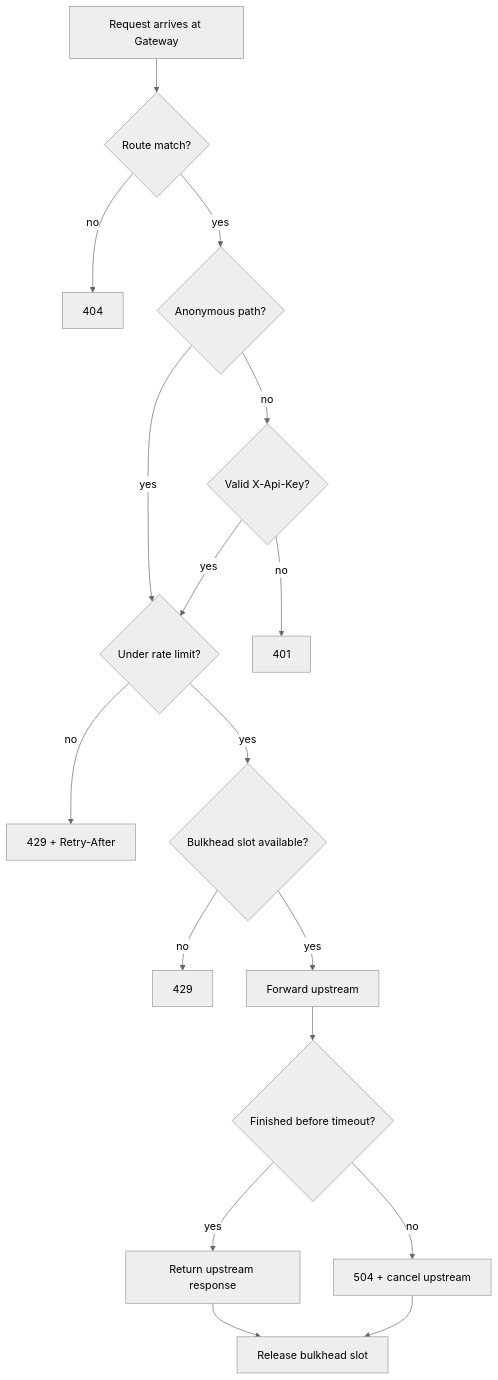
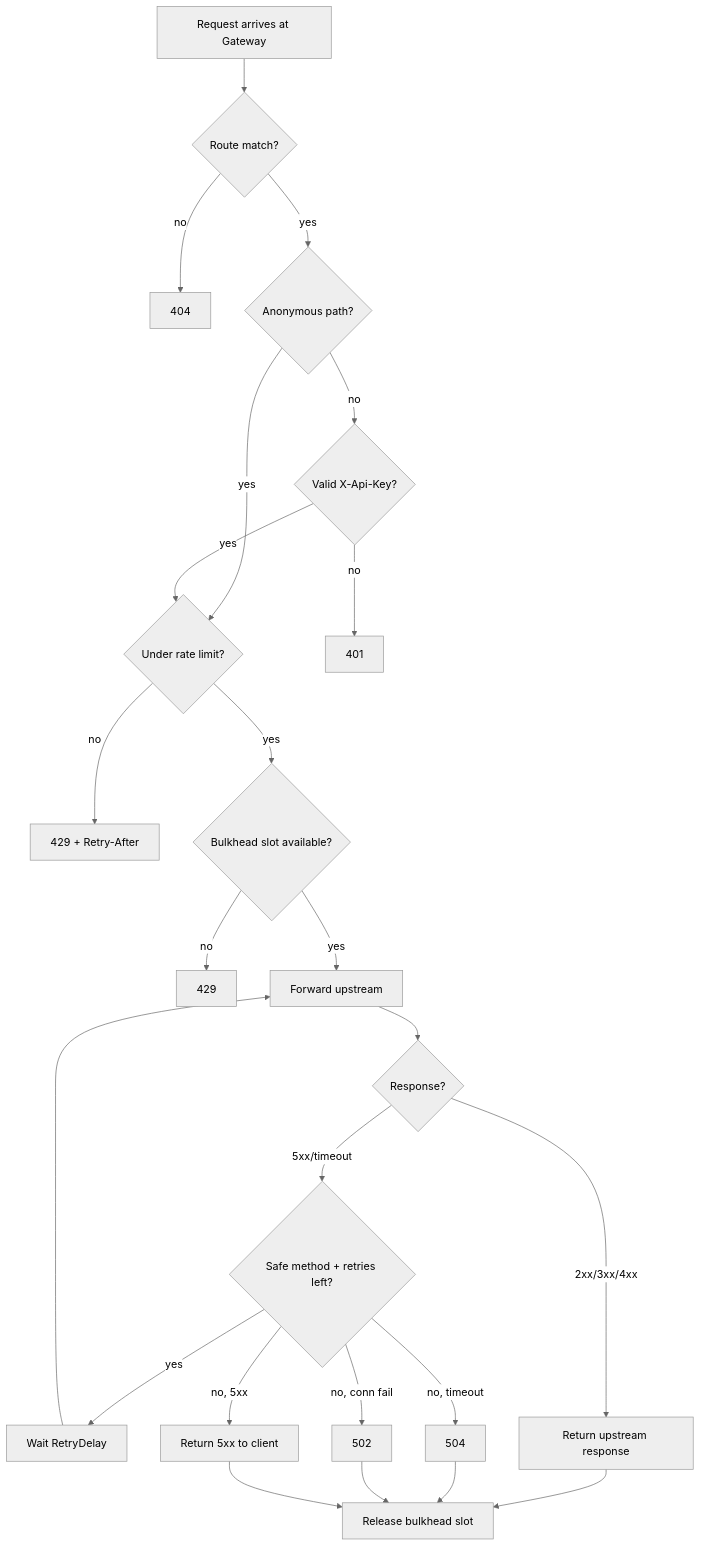
Before and after one commit to Am64r/mini-gateway: the second of 3 diagrams in README.md, drawn with Mermaid (neutral theme). The commit also changed other lines of this file and 5 other files, not shown here.

Commit message:
added retries on safe methods for upstream failures including 5xx errors, timeouts, and connection failures.

````diff
--- a/README.md
+++ b/README.md
@@ -23,19 +23,25 @@
 ```mermaid
 flowchart TD
     R[Request arrives at Gateway] --> M{Route match?}
     M -- no --> N[404]
     M -- yes --> A{Anonymous path?}
     A -- yes --> RL{Under rate limit?}
     A -- no --> K{Valid X-Api-Key?}
     K -- no --> U401[401]
     K -- yes --> RL
     RL -- no --> U429a[429 + Retry-After]
     RL -- yes --> BH{Bulkhead slot available?}
     BH -- no --> U429b[429]
     BH -- yes --> F[Forward upstream]
-    F --> T{Finished before timeout?}
-    T -- no --> U504[504 + cancel upstream]
-    T -- yes --> OK[Return upstream response]
+    F --> RS{Response?}
+    RS -- 5xx/timeout --> RT{Safe method + retries left?}
+    RT -- yes --> WAIT[Wait RetryDelay] --> F
+    RT -- no, timeout --> U504[504]
+    RT -- no, 5xx --> PASS[Return 5xx to client]
+    RT -- no, conn fail --> U502[502]
+    RS -- 2xx/3xx/4xx --> OK[Return upstream response]
     OK --> REL[Release bulkhead slot]
     U504 --> REL
+    U502 --> REL
+    PASS --> REL
 ```
````
